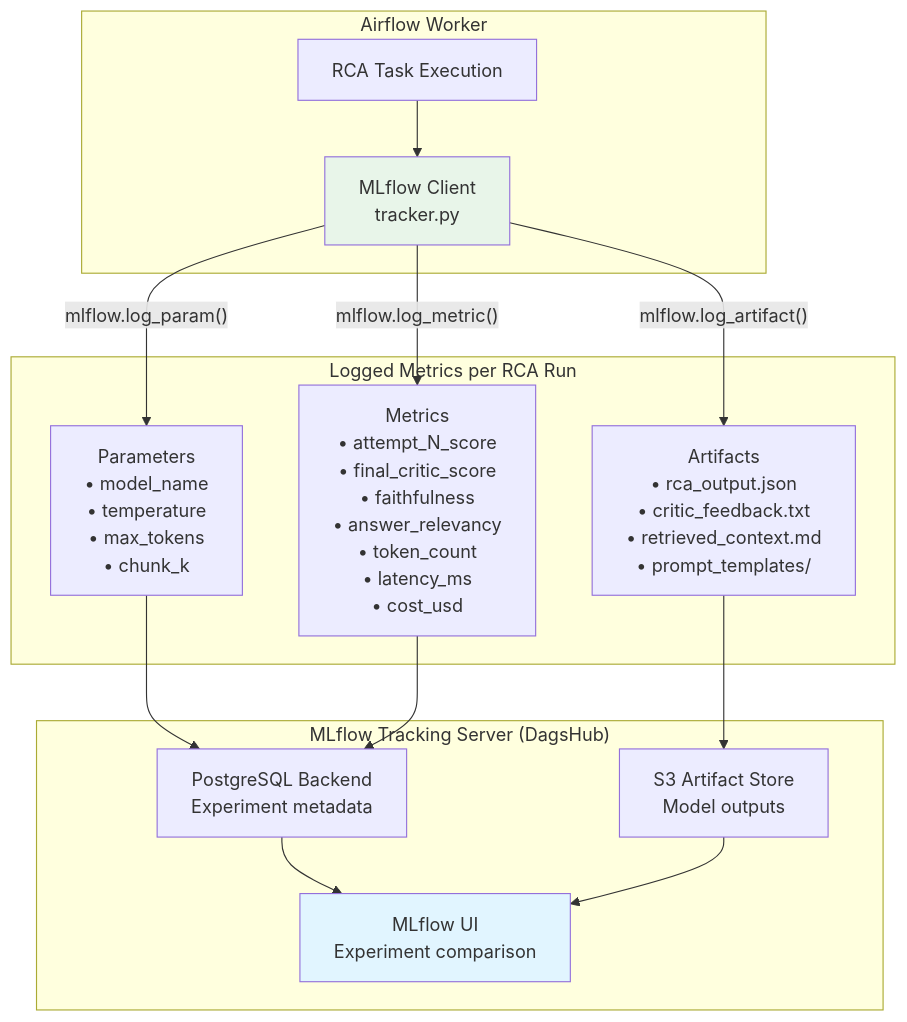
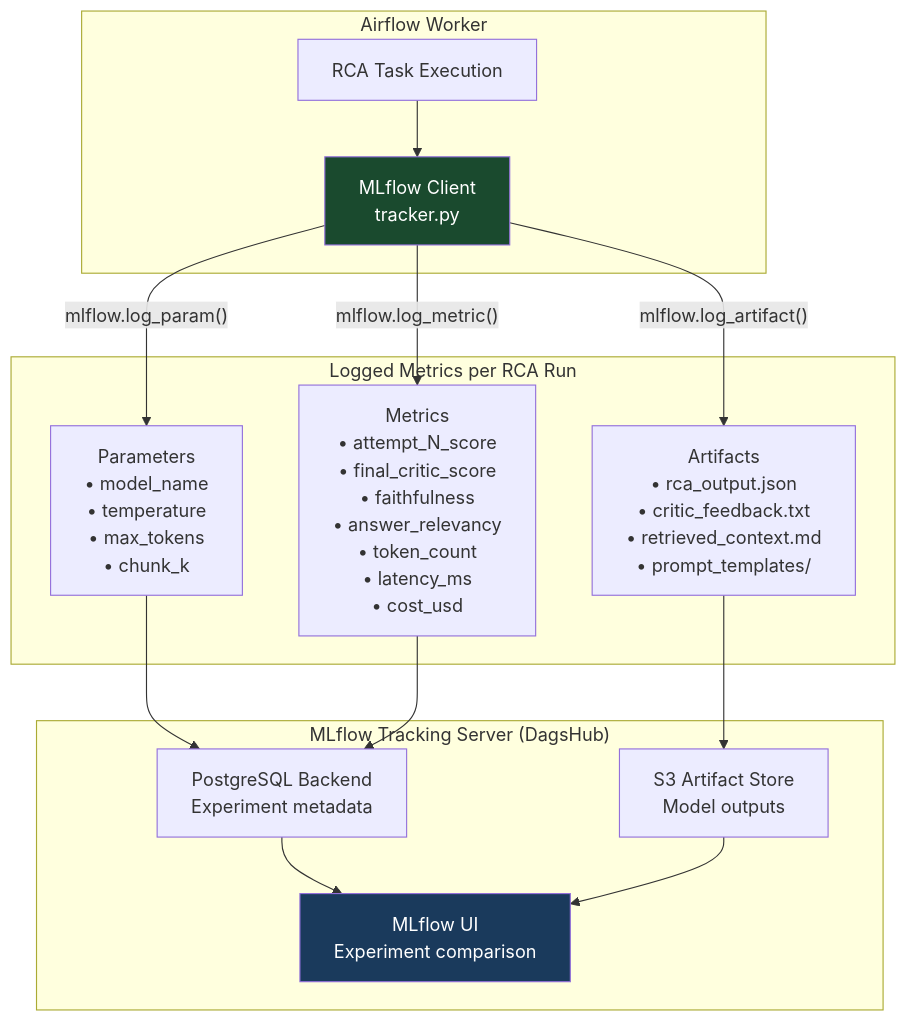
Diagram 11 of 16 in README.md (nasim-raj-laskar/InfraMind), drawn with Mermaid before and after one commit. The commit also changed other lines of this file and 1 other file, not shown here.

````diff
--- a/README.md
+++ b/README.md
@@ -719,34 +695,34 @@
 ```mermaid
 graph TB
     subgraph "Airflow Worker"
         TASK["RCA Task Execution"]
         TRACKER["MLflow Client<br/>tracker.py"]
     end
     
     subgraph "MLflow Tracking Server (DagsHub)"
         BACKEND["PostgreSQL Backend<br/>Experiment metadata"]
         ARTIFACTS["S3 Artifact Store<br/>Model outputs"]
         UI["MLflow UI<br/>Experiment comparison"]
     end
     
     subgraph "Logged Metrics per RCA Run"
         PARAMS["Parameters<br/>• model_name<br/>• temperature<br/>• max_tokens<br/>• chunk_k"]
         METRICS["Metrics<br/>• attempt_N_score<br/>• final_critic_score<br/>• faithfulness<br/>• answer_relevancy<br/>• token_count<br/>• latency_ms<br/>• cost_usd"]
         ARTIFACTS_LOG["Artifacts<br/>• rca_output.json<br/>• critic_feedback.txt<br/>• retrieved_context.md<br/>• prompt_templates/"]
     end
     
     TASK --> TRACKER
     TRACKER -->|"mlflow.log_param()"| PARAMS
     TRACKER -->|"mlflow.log_metric()"| METRICS
     TRACKER -->|"mlflow.log_artifact()"| ARTIFACTS_LOG
     
     PARAMS --> BACKEND
     METRICS --> BACKEND
     ARTIFACTS_LOG --> ARTIFACTS
     
     BACKEND --> UI
     ARTIFACTS --> UI
     
-    style TRACKER fill:#e8f5e9
-    style UI fill:#e1f5ff
+    style TRACKER fill:#1a4a2e,color:#fff
+    style UI fill:#1a3a5c,color:#fff
 ```
````
